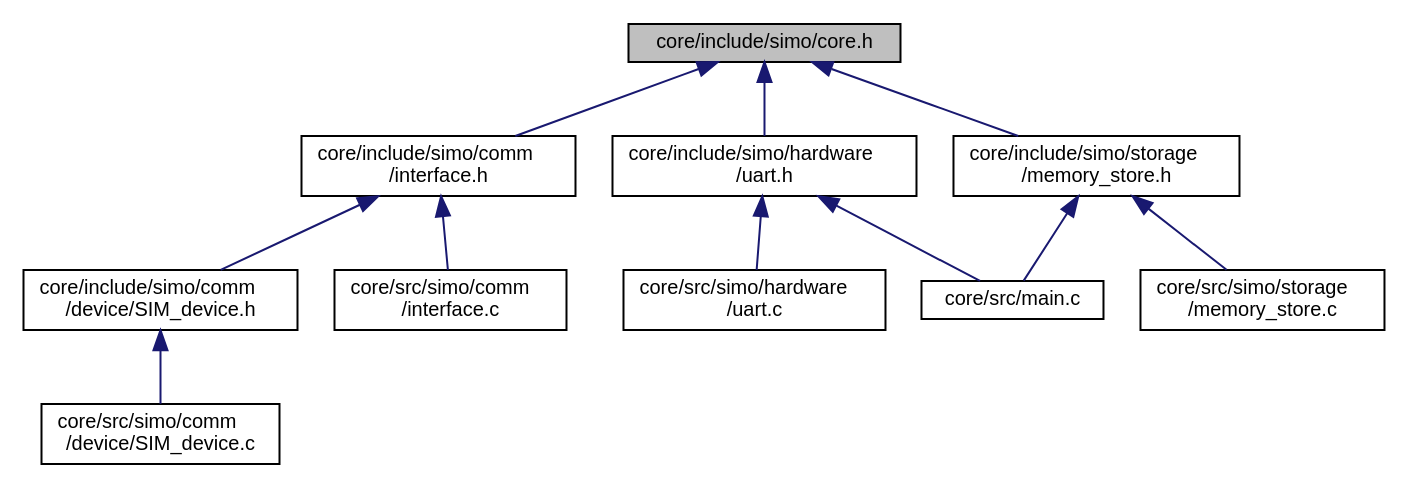
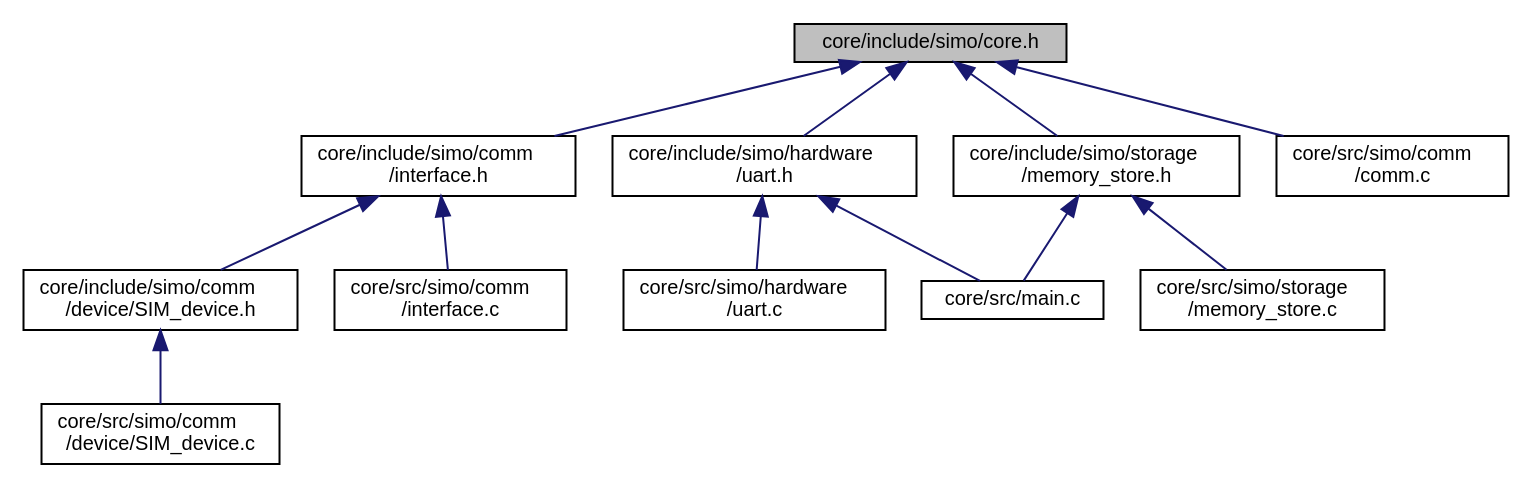
The diagram in docs/core_8h__dep__incl.dot (Germanvelardez2018/simo.v2), drawn with Graphviz before and after one commit. The commit also changed 94 other files, not shown here.

Commit message:
se agrego capa mas alta de modulo de comunicacion comm.c

```diff
--- a/docs/core_8h__dep__incl.dot
+++ b/docs/core_8h__dep__incl.dot
@@ -1,26 +1,28 @@
 digraph "core/include/simo/core.h"
 {
  // LATEX_PDF_SIZE
   edge [fontname="Helvetica",fontsize="10",labelfontname="Helvetica",labelfontsize="10"];
   node [fontname="Helvetica",fontsize="10",shape=record];
   Node1 [label="core/include/simo/core.h",height=0.2,width=0.4,color="black", fillcolor="grey75", style="filled", fontcolor="black",tooltip="Core de la aplicacion. En este archivo van elementos indispensables para la aplicacion...."];
   Node1 -> Node2 [dir="back",color="midnightblue",fontsize="10",style="solid",fontname="Helvetica"];
   Node2 [label="core/include/simo/comm\l/interface.h",height=0.2,width=0.4,color="black", fillcolor="white", style="filled",URL="$interface_8h.html",tooltip="Interfaz para manejar separar el hardware del los objetos comm."];
   Node2 -> Node3 [dir="back",color="midnightblue",fontsize="10",style="solid",fontname="Helvetica"];
   Node3 [label="core/include/simo/comm\l/device/SIM_device.h",height=0.2,width=0.4,color="black", fillcolor="white", style="filled",URL="$_s_i_m__device_8h.html",tooltip="Driver para el manejo de modulos SIM7000G(NIVEL 1). Depende de SIMO UART."];
   Node3 -> Node4 [dir="back",color="midnightblue",fontsize="10",style="solid",fontname="Helvetica"];
   Node4 [label="core/src/simo/comm\l/device/SIM_device.c",height=0.2,width=0.4,color="black", fillcolor="white", style="filled",URL="$_s_i_m__device_8c.html",tooltip=" "];
   Node2 -> Node5 [dir="back",color="midnightblue",fontsize="10",style="solid",fontname="Helvetica"];
-  Node5 [label="core/src/simo/comm\l/interface.c",height=0.2,width=0.4,color="black", fillcolor="white", style="filled",URL="$interface_8c.html",tooltip="Implementacion del interfacez para abstraer hardware. Dependen del algun driver de hardware de CAPA 0..."];
+  Node5 [label="core/src/simo/comm\l/interface.c",height=0.2,width=0.4,color="black", fillcolor="white", style="filled",URL="$interface_8c.html",tooltip="Implementacion del interfacez para abstraer hardware."];
   Node1 -> Node6 [dir="back",color="midnightblue",fontsize="10",style="solid",fontname="Helvetica"];
   Node6 [label="core/include/simo/hardware\l/uart.h",height=0.2,width=0.4,color="black", fillcolor="white", style="filled",URL="$uart_8h.html",tooltip="Header de capa para manejor del hardware UART (NIVEL 0)"];
   Node6 -> Node7 [dir="back",color="midnightblue",fontsize="10",style="solid",fontname="Helvetica"];
   Node7 [label="core/src/main.c",height=0.2,width=0.4,color="black", fillcolor="white", style="filled",URL="$main_8c.html",tooltip="Aplicacion SIMO v2."];
   Node6 -> Node8 [dir="back",color="midnightblue",fontsize="10",style="solid",fontname="Helvetica"];
   Node8 [label="core/src/simo/hardware\l/uart.c",height=0.2,width=0.4,color="black", fillcolor="white", style="filled",URL="$uart_8c.html",tooltip="Implementacion de capa para manejor del hardware UART (NIVEL 0)"];
   Node1 -> Node9 [dir="back",color="midnightblue",fontsize="10",style="solid",fontname="Helvetica"];
   Node9 [label="core/include/simo/storage\l/memory_store.h",height=0.2,width=0.4,color="black", fillcolor="white", style="filled",URL="$memory__store_8h.html",tooltip="Driver para memory."];
   Node9 -> Node7 [dir="back",color="midnightblue",fontsize="10",style="solid",fontname="Helvetica"];
   Node9 -> Node10 [dir="back",color="midnightblue",fontsize="10",style="solid",fontname="Helvetica"];
   Node10 [label="core/src/simo/storage\l/memory_store.c",height=0.2,width=0.4,color="black", fillcolor="white", style="filled",URL="$memory__store_8c.html",tooltip="Implementacion de driver para el manejor del almacenamiento externo (NIVEL 1).Depende de SIMO SPI."];
+  Node1 -> Node11 [dir="back",color="midnightblue",fontsize="10",style="solid",fontname="Helvetica"];
+  Node11 [label="core/src/simo/comm\l/comm.c",height=0.2,width=0.4,color="black", fillcolor="white", style="filled",URL="$comm_8c.html",tooltip="API para la comunicacion del sistema."];
 }
```
